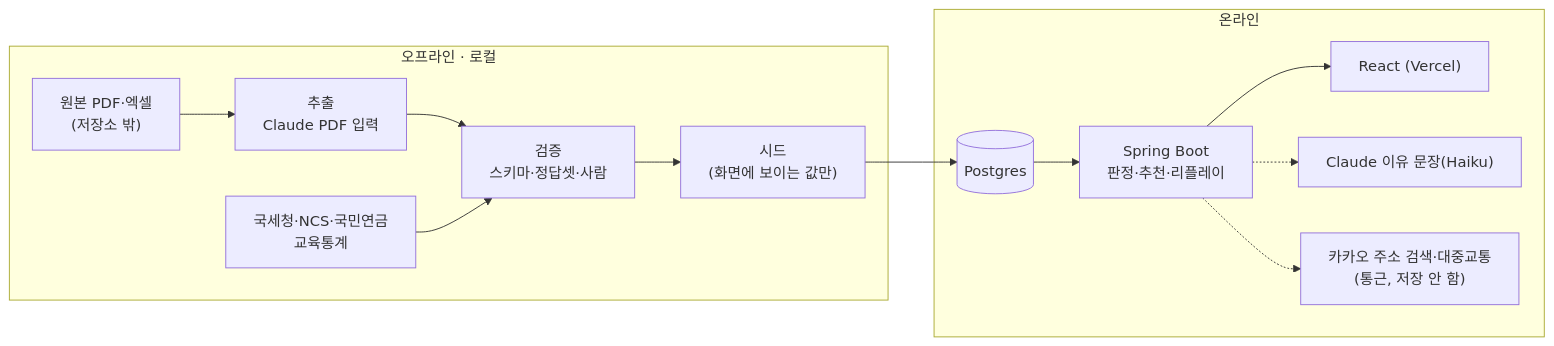
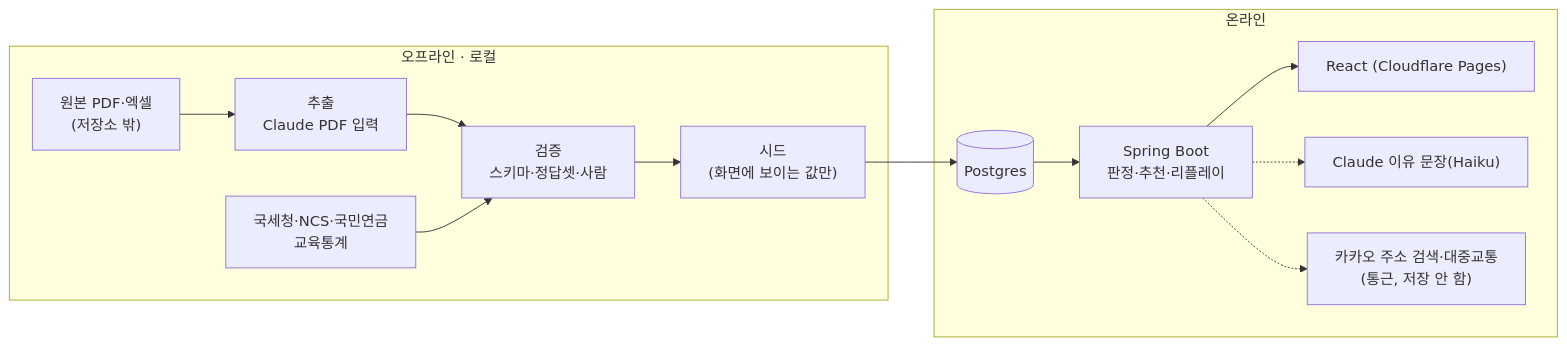
One commit to skuniv-team11/Backend changed the diagram in docs/architecture.md. Above: the diagram before and after it, drawn with Mermaid. The commit also changed other lines of this file and 8 other files, not shown here.

First line of the commit message:
docs: 프론트 배포처를 Vercel에서 Cloudflare Pages(fieldrun.pages.dev)로 고침

````diff
--- a/docs/architecture.md
+++ b/docs/architecture.md
@@ -9,16 +9,16 @@
 ```mermaid
 flowchart LR
   subgraph OFF["오프라인 · 로컬"]
     R["원본 PDF·엑셀<br>(저장소 밖)"] --> X["추출<br>Claude PDF 입력"]
     X --> V["검증<br>스키마·정답셋·사람"]
     P["국세청·NCS·국민연금<br>교육통계"] --> V
     V --> S["시드<br>(화면에 보이는 값만)"]
   end
   subgraph ON["온라인"]
     S --> DB[("Postgres")]
     DB --> API["Spring Boot<br>판정·추천·리플레이"]
-    API --> FE["React (Vercel)"]
+    API --> FE["React (Cloudflare Pages)"]
     API -.-> C["Claude 이유 문장(Haiku)"]
     API -.-> K["카카오 주소 검색·대중교통<br>(통근, 저장 안 함)"]
   end
 ```
````
